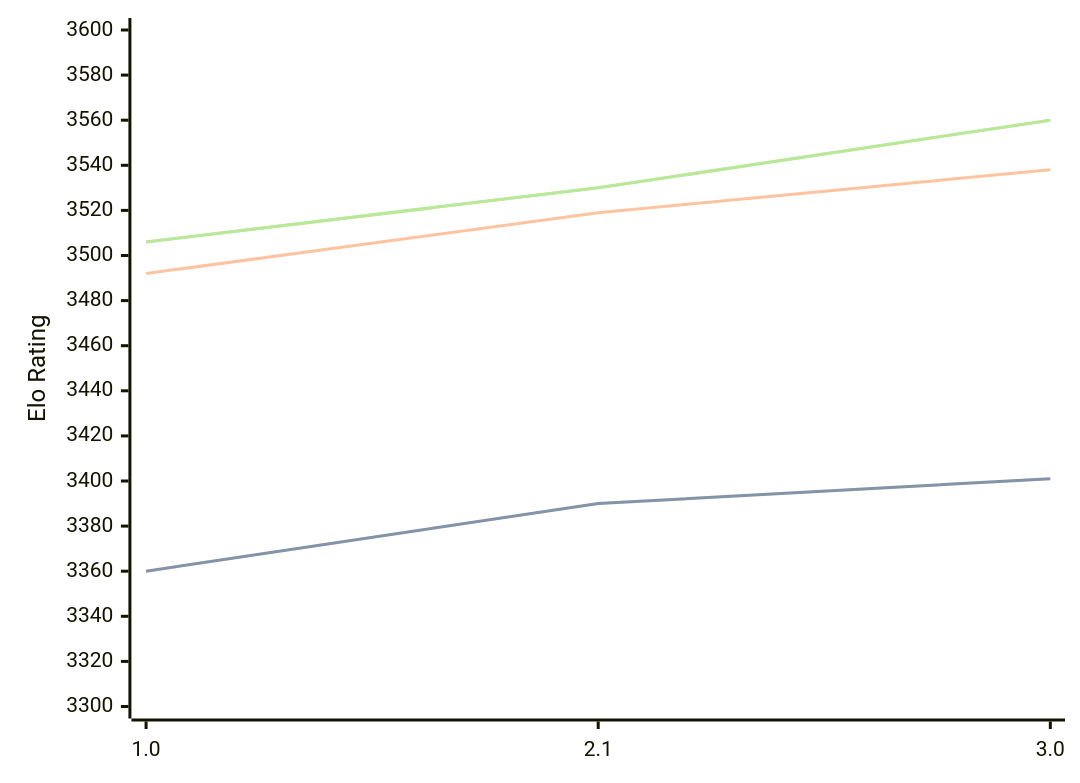
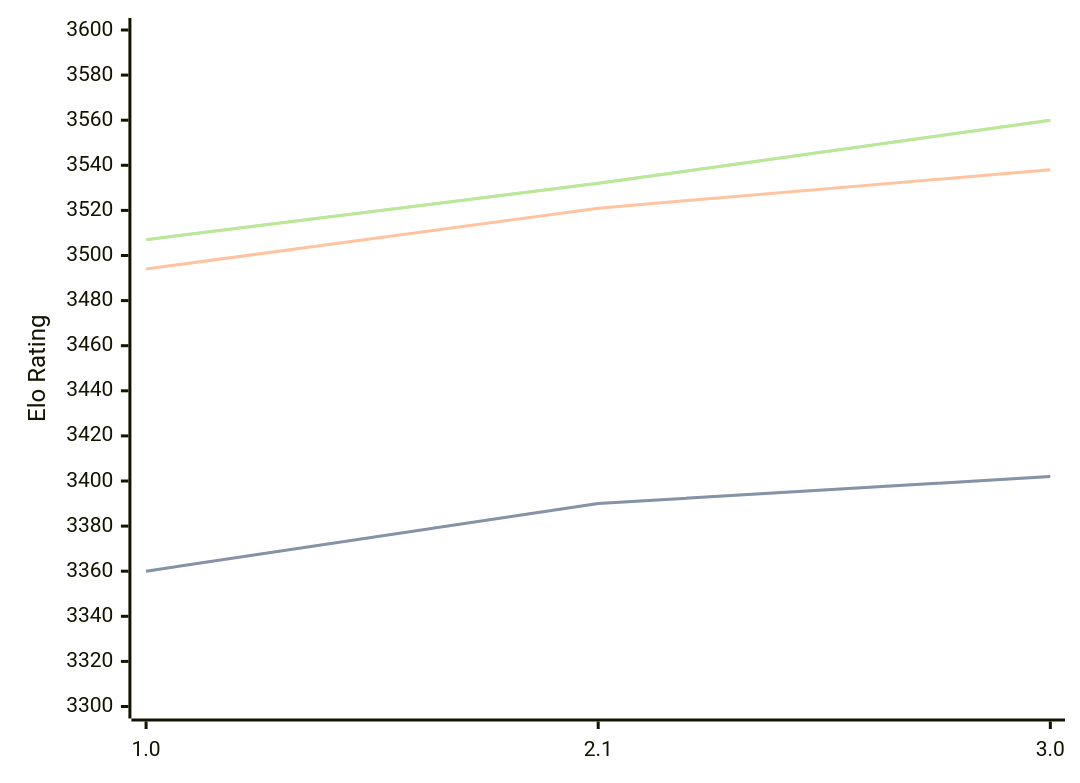
One commit to computer-chess-index/cci changed the diagram in engines/Hobbes.md. Above: the diagram before and after it, drawn with Mermaid. The commit also changed other lines of this file, not shown here.

Commit message:
Update CCI Ratings (ELO VLTC) - 2026-08-05

````diff
--- a/engines/Hobbes.md
+++ b/engines/Hobbes.md
@@ -34,11 +34,11 @@
 ```mermaid
 %%{init: {"theme":"base","themeVariables":{"seriesColors:['#a3a3a3','#222221','#faa371']}}}%%
 xychart-beta
   x-axis ["1.0", "2.1", "3.0"]
   y-axis "Elo Rating" 3300 --> 3600
-  line "STC (8.0+0.08s)" [3360, 3390, 3401]
-  line "STC (8.0+0.08s)" [3360, 3390, 3401]
-  line "LTC (60.0+0.60s)" [3492, 3519, 3538]
-  line "VLTC (2m24s+1.12s)" [3506, 3530, 3560]
-  line "VLTC (2m24s+1.12s)" [3506, 3530, 3560]
+  line "STC (8.0+0.08s)" [3360, 3390, 3402]
+  line "STC (8.0+0.08s)" [3360, 3390, 3402]
+  line "LTC (60.0+0.60s)" [3494, 3521, 3538]
+  line "VLTC (2m24s+1.12s)" [3507, 3532, 3560]
+  line "VLTC (2m24s+1.12s)" [3507, 3532, 3560]
 ```
````
